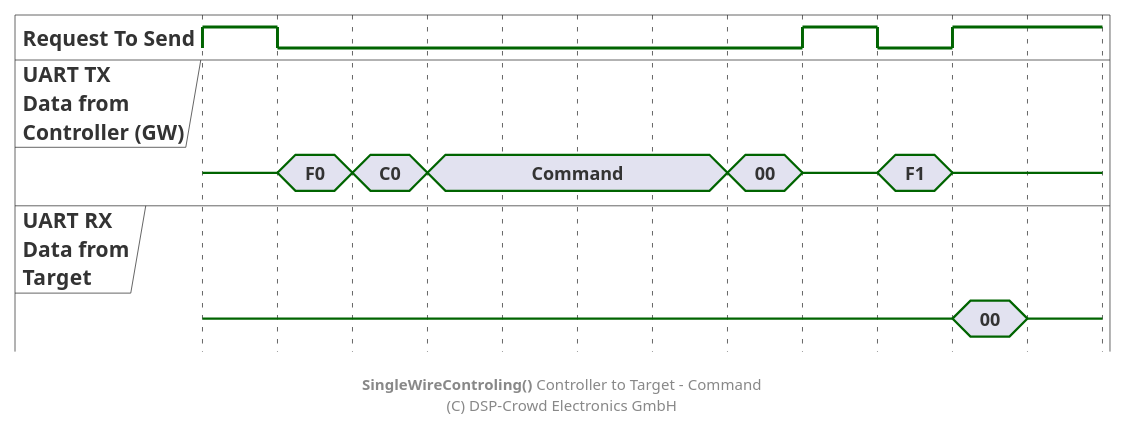
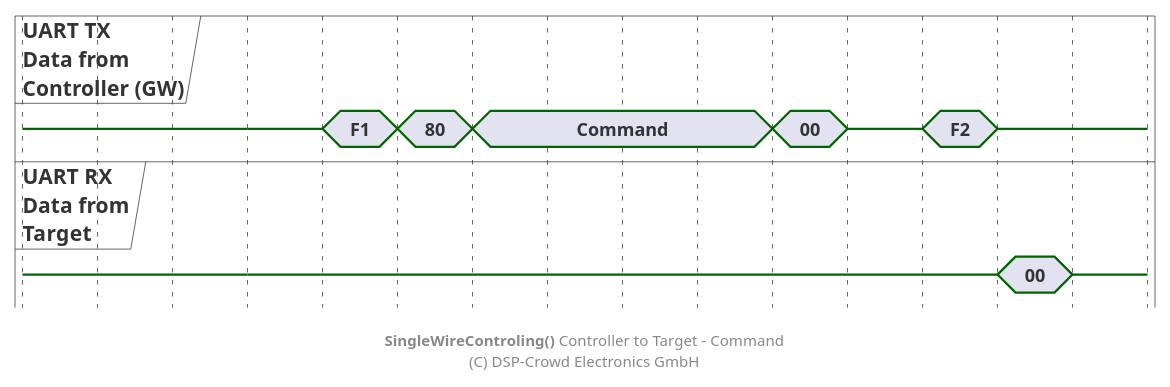
Before and after one commit to NoOrientationProgramming/code-orb: the diagram in doc/system/protocol/B0_swt-ctrl-to-target_cmd.pu, drawn with PlantUML. The commit also changed 15 other files, not shown here.

```diff
--- a/doc/system/protocol/B0_swt-ctrl-to-target_cmd.pu
+++ b/doc/system/protocol/B0_swt-ctrl-to-target_cmd.pu
@@ -2,45 +2,43 @@
 @startuml
 
 hide time-axis
 
-binary "Request To Send" as rts
 concise "UART TX\nData from\nController (GW)" as ctrl
 concise "UART RX\nData from\nTarget" as tar
 
 @0
-rts is 1
+ctrl is {-}
+tar is {-}
+
+@+60
 ctrl is {-}
 tar is {-}
 
 @+20
-rts is 0
-ctrl is "F0"
+ctrl is "F1"
 
 @+20
-ctrl is "C0"
+ctrl is "80"
 
 @+20
 ctrl is "Command"
 
 @+80
 ctrl is "00"
 
 @+20
-rts is 1
 ctrl is {-}
 
 @+20
-rts is 0
-ctrl is "F1"
+ctrl is "F2"
 
 @+20
-rts is 1
 ctrl is {-}
 tar is "00"
 
 @+20
 tar is {-}
 
 footer **SingleWireControling()** Controller to Target - Command\n(C) DSP-Crowd Electronics GmbH
 
 @enduml
```
